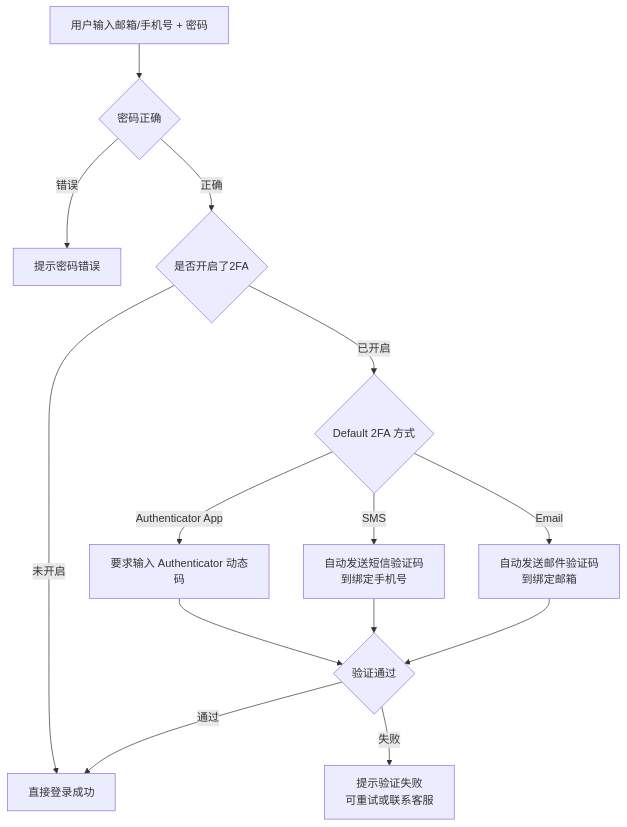
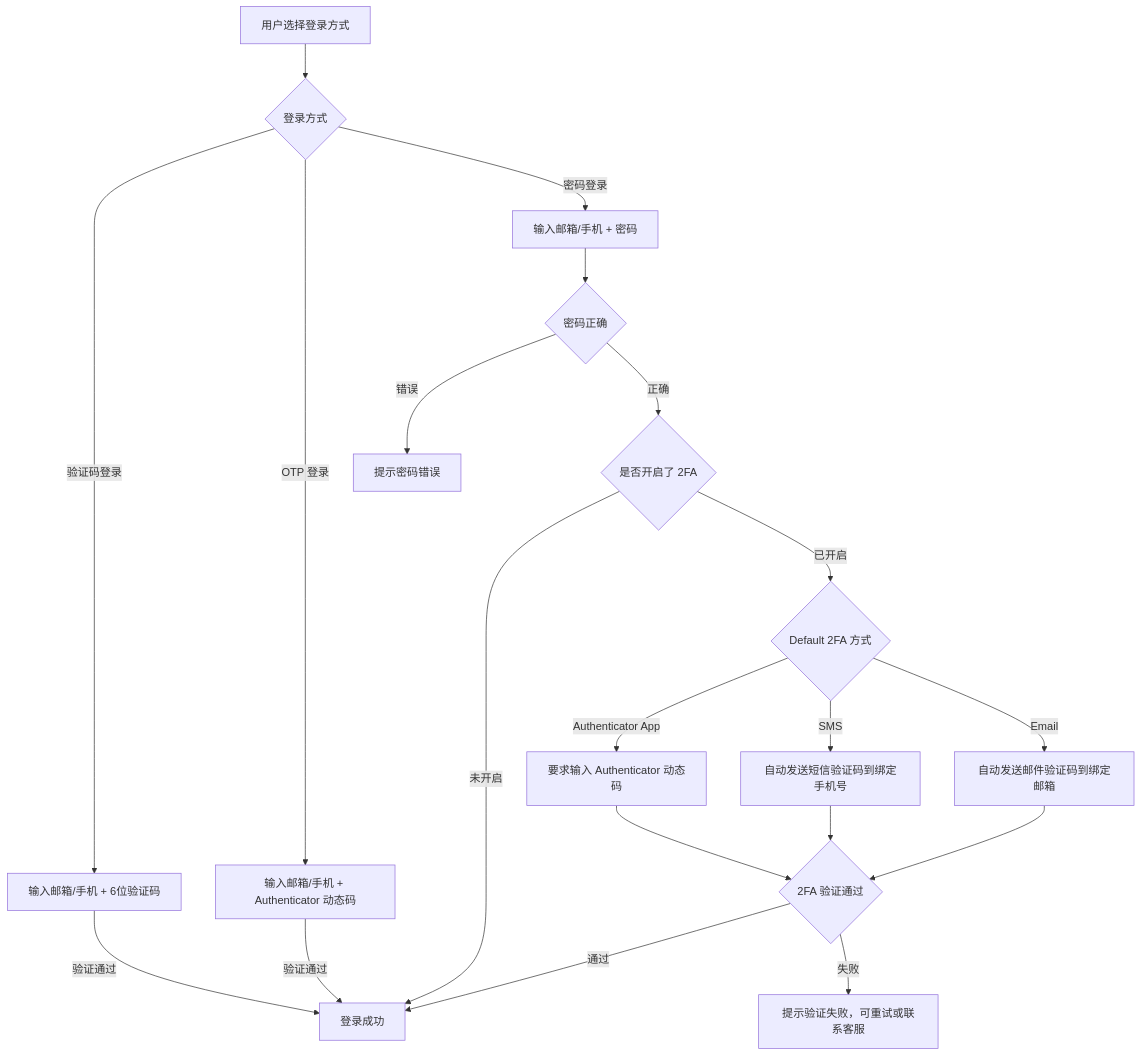
Diagram 16 of 26 in SigninLogin/prd/MP-register.md (xiaoxiaoangie/EX-NEW), drawn with Mermaid before and after one commit. The commit also changed other lines of this file and 14 other files, not shown here.

````diff
--- a/SigninLogin/prd/MP-register.md
+++ b/SigninLogin/prd/MP-register.md
@@ -605,21 +596,29 @@
 ```mermaid
 flowchart TD
-    A[用户输入邮箱/手机号 + 密码] --> B{密码正确}
+    A[用户选择登录方式] --> B{登录方式}
 
-    B -->|错误| B1[提示密码错误]
-    B -->|正确| C{是否开启了2FA}
+    B -->|验证码登录| C1[输入邮箱/手机 + 6位验证码]
+    B -->|OTP 登录| C2[输入邮箱/手机 + Authenticator 动态码]
+    B -->|密码登录| C3[输入邮箱/手机 + 密码]
 
-    C -->|未开启| D[直接登录成功]
-    C -->|已开启| E{Default 2FA 方式}
+    C1 -->|验证通过| OK[登录成功]
+    C2 -->|验证通过| OK
 
-    E -->|Authenticator App| F1[要求输入 Authenticator 动态码]
-    E -->|SMS| F2[自动发送短信验证码<br/>到绑定手机号]
-    E -->|Email| F3[自动发送邮件验证码<br/>到绑定邮箱]
+    C3 --> D{密码正确}
+    D -->|错误| D1[提示密码错误]
+    D -->|正确| E{是否开启了 2FA}
 
-    F1 --> G{验证通过}
+    E -->|未开启| OK
+    E -->|已开启| F{Default 2FA 方式}
+
+    F -->|Authenticator App| F1[要求输入 Authenticator 动态码]
+    F -->|SMS| F2[自动发送短信验证码到绑定手机号]
+    F -->|Email| F3[自动发送邮件验证码到绑定邮箱]
+
+    F1 --> G{2FA 验证通过}
     F2 --> G
     F3 --> G
 
-    G -->|通过| D
-    G -->|失败| H[提示验证失败<br/>可重试或联系客服]
+    G -->|通过| OK
+    G -->|失败| H[提示验证失败，可重试或联系客服]
 ```
````
